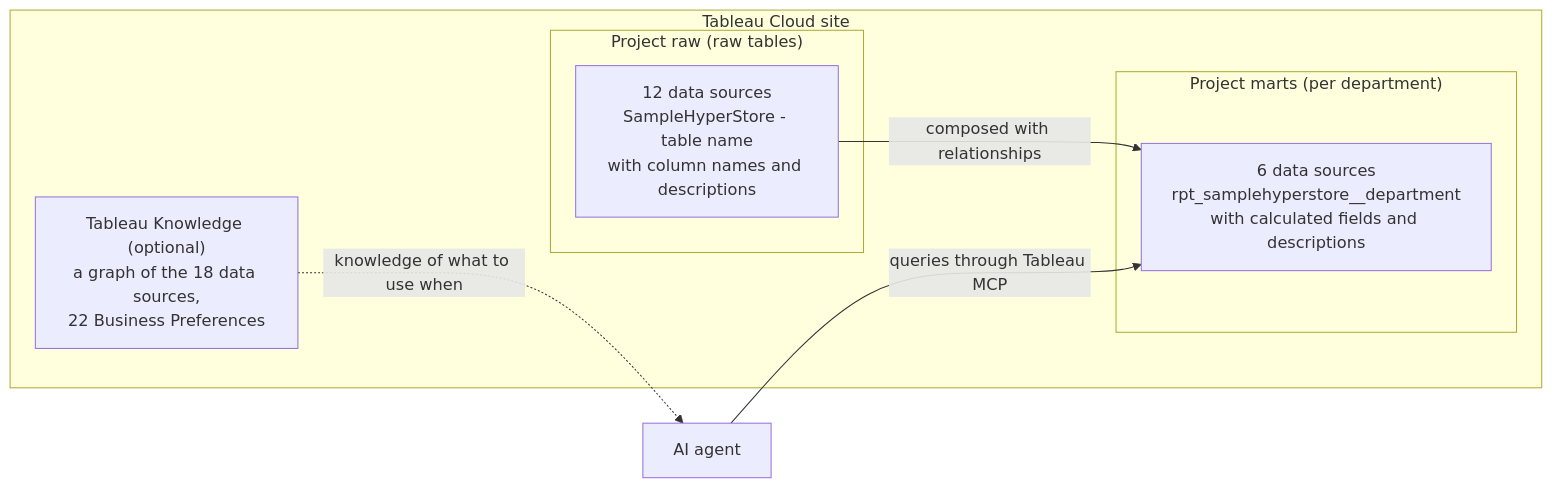
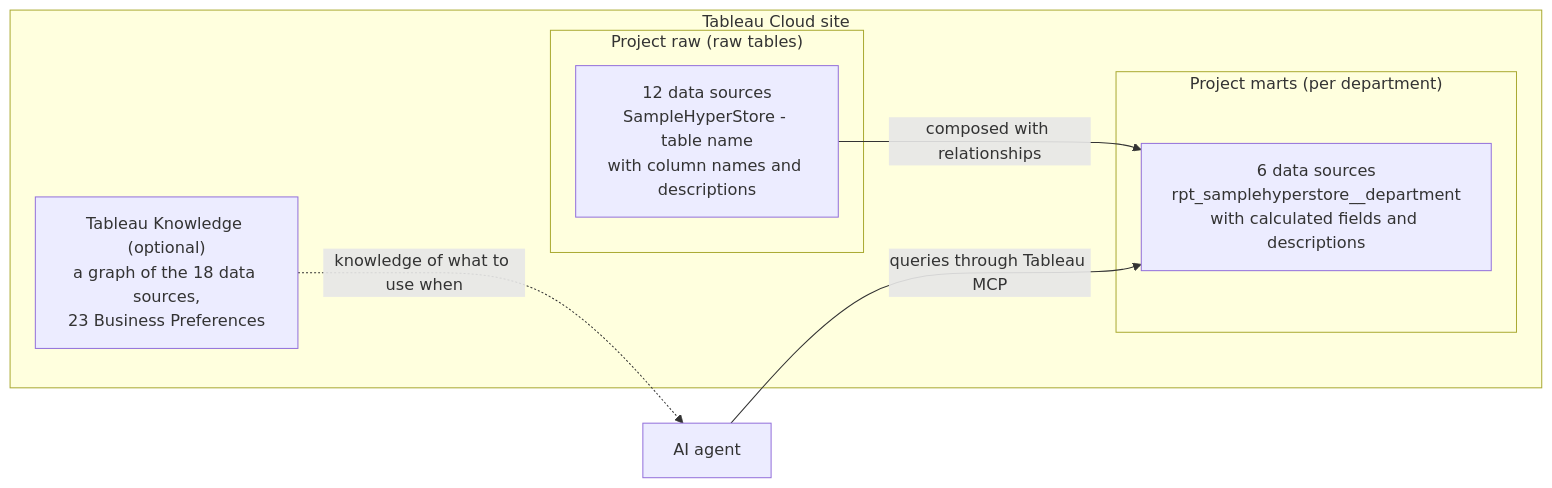
Before and after one commit to YoshitakaArakawa/SampleHyperStore: the fourth of 4 diagrams in en/README.md, drawn with Mermaid. The commit also changed other lines of this file and 8 other files, not shown here.

````diff
--- a/en/README.md
+++ b/en/README.md
@@ -91,15 +91,15 @@
 ```mermaid
 flowchart LR
     subgraph site["Tableau Cloud site"]
         subgraph raw["Project raw (raw tables)"]
             R["12 data sources<br/>SampleHyperStore - table name<br/>with column names and descriptions"]
         end
         subgraph marts["Project marts (per department)"]
             M["6 data sources<br/>rpt_samplehyperstore__department<br/>with calculated fields and descriptions"]
         end
-        K["Tableau Knowledge (optional)<br/>a graph of the 18 data sources,<br/>22 Business Preferences"]
+        K["Tableau Knowledge (optional)<br/>a graph of the 18 data sources,<br/>23 Business Preferences"]
     end
     R -- "composed with relationships" --> M
     AI["AI agent"] -- "queries through Tableau MCP" --> M
     K -. "knowledge of what to use when" .-> AI
 ```
````
